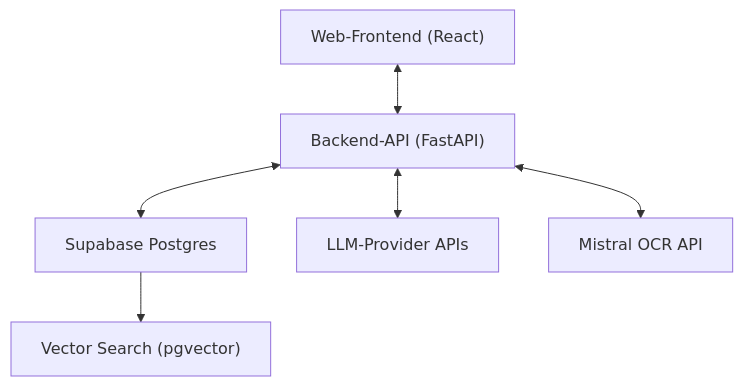
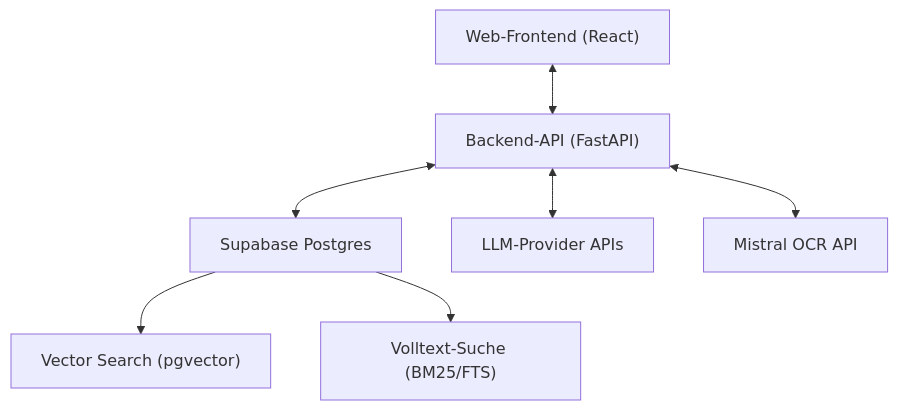
Before and after one commit to christian-rost/xqt5-ai-plattform: the fifth of 5 diagrams in docs/ANWENDER-DOKUMENT.md, drawn with Mermaid. The commit also changed other lines of this file and 1 other file, not shown here.

````diff
--- a/docs/ANWENDER-DOKUMENT.md
+++ b/docs/ANWENDER-DOKUMENT.md
@@ -174,8 +191,9 @@
 ```mermaid
 graph TB
     U["Web-Frontend (React)"] <--> API["Backend-API (FastAPI)"]
     API <--> DB["Supabase Postgres"]
     API <--> LLM["LLM-Provider APIs"]
     API <--> OCR["Mistral OCR API"]
     DB --> V["Vector Search (pgvector)"]
+    DB --> BM25["Volltext-Suche (BM25/FTS)"]
 ```
````
